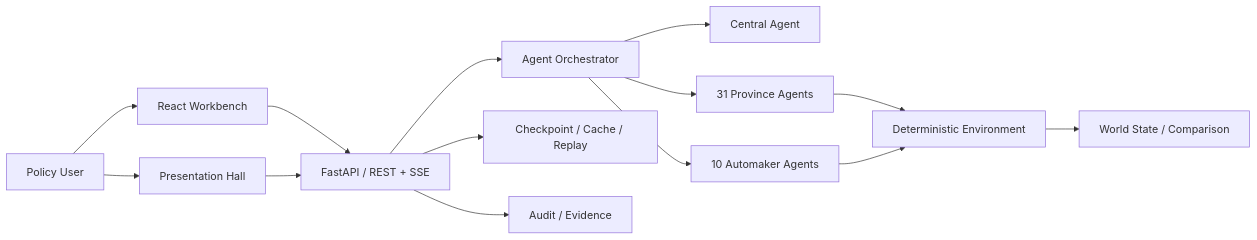
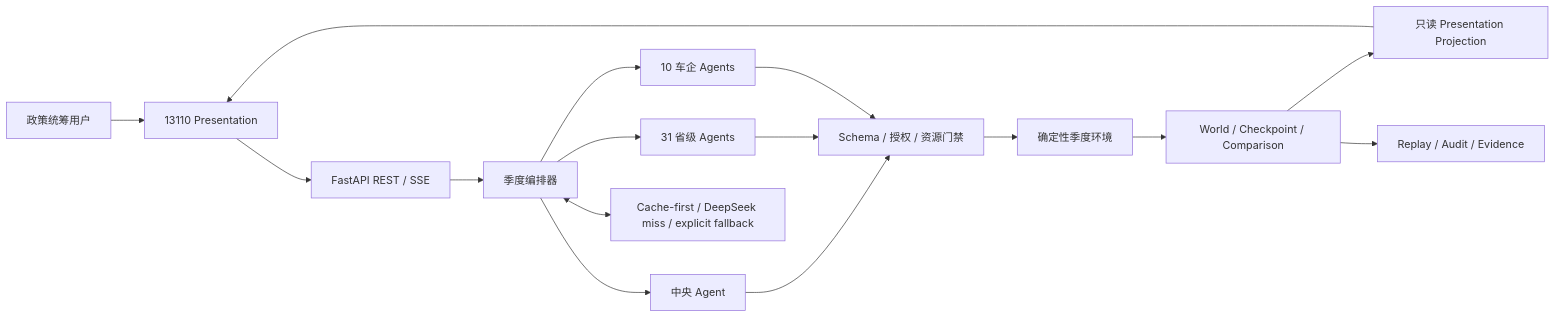
Before and after one commit to banshanbans/FinalHackathon: the diagram in README.md, drawn with Mermaid. The commit also changed other lines of this file, not shown here.

````diff
--- a/README.md
+++ b/README.md
@@ -172,20 +115,20 @@
 ```mermaid
 flowchart LR
-    User[Policy User] --> Web[React Workbench]
-    User --> Present[Presentation Hall]
+    User[政策统筹用户] --> Presentation[13110 Presentation]
+    Presentation --> API[FastAPI REST / SSE]
+    API --> Orchestrator[季度编排器]
+    Orchestrator --> Central[中央 Agent]
+    Orchestrator --> Provinces[31 省级 Agents]
+    Orchestrator --> OEMs[10 车企 Agents]
 
-    Web --> API[FastAPI / REST + SSE]
-    Present --> API
+    Central --> Gate[Schema / 授权 / 资源门禁]
+    Provinces --> Gate
+    OEMs --> Gate
+    Gate --> Env[确定性季度环境]
+    Env --> State[World / Checkpoint / Comparison]
+    State --> Projection[只读 Presentation Projection]
+    Projection --> Presentation
 
-    API --> Orchestrator[Agent Orchestrator]
-    Orchestrator --> Central[Central Agent]
-    Orchestrator --> Provinces[31 Province Agents]
-    Orchestrator --> OEMs[10 Automaker Agents]
-
-    Provinces --> Env[Deterministic Environment]
-    OEMs --> Env
-    Env --> World[World State / Comparison]
-
-    API --> Store[Checkpoint / Cache / Replay]
-    API --> Evidence[Audit / Evidence]
+    Orchestrator <--> Cache[Cache-first / DeepSeek miss / explicit fallback]
+    State --> Audit[Replay / Audit / Evidence]
 ```
````
